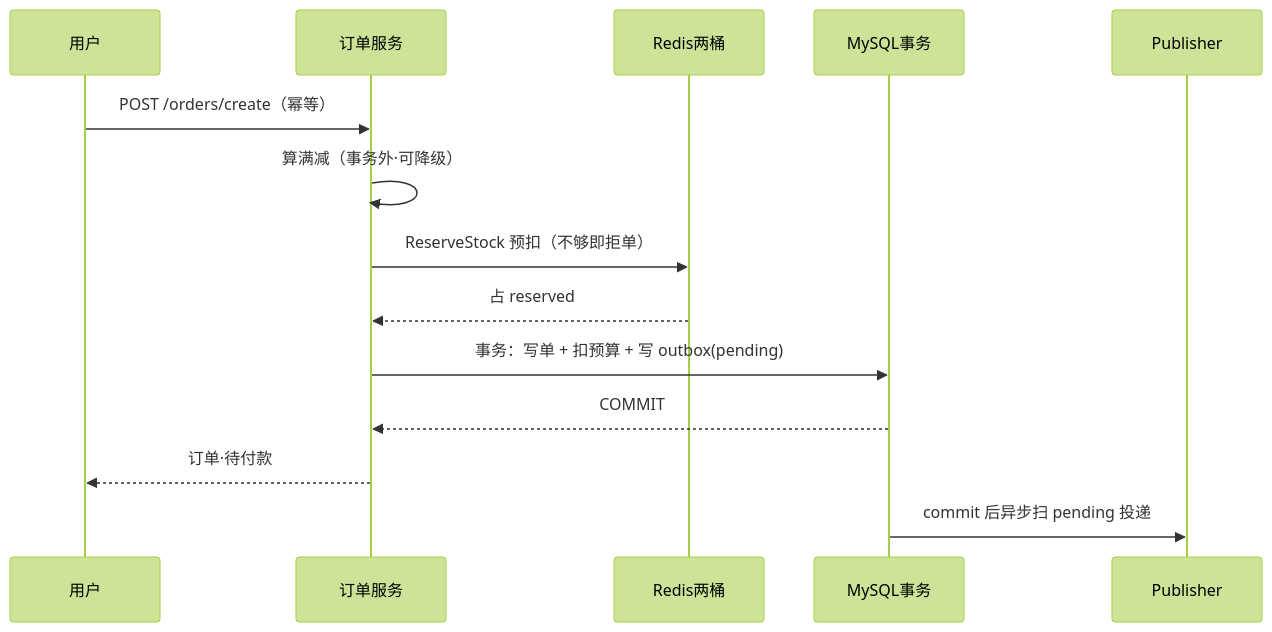
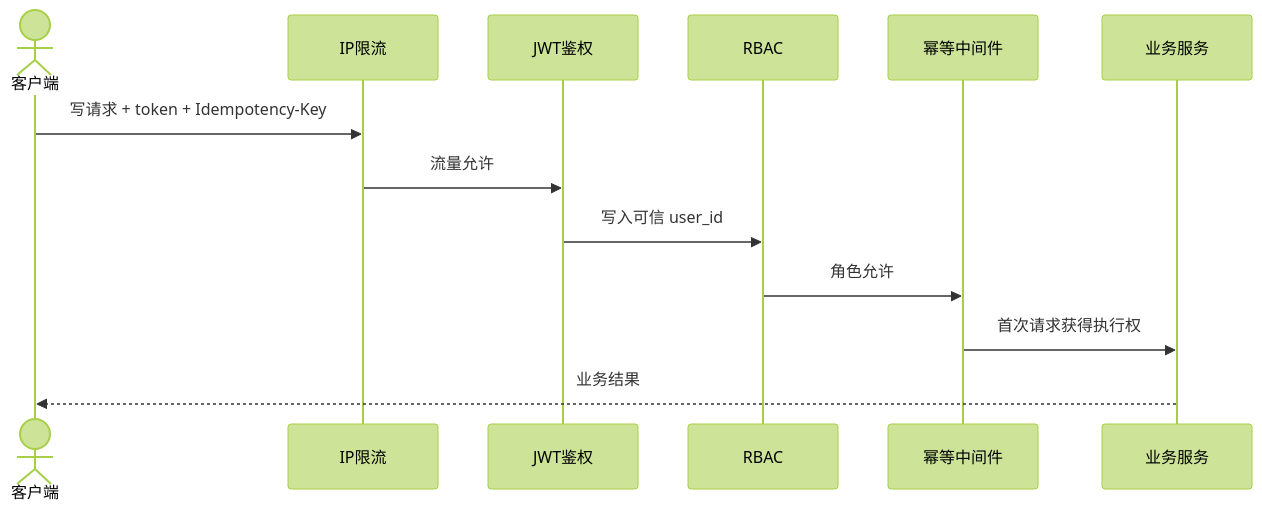
The third of 7 diagrams in docs/lecture/00-overview.md (RedInn7/gomall), drawn with Mermaid (forest theme) before and after one commit. The commit also changed other lines of this file and 2 other files, not shown here.

````diff
--- a/docs/lecture/00-overview.md
+++ b/docs/lecture/00-overview.md
@@ -223,16 +66,15 @@
 ```mermaid
 sequenceDiagram
-    participant U as 用户
-    participant API as 订单服务
-    participant R as Redis两桶
-    participant DB as MySQL事务
-    participant MQ as Publisher
-    U->>API: POST /orders/create（幂等）
-    API->>API: 算满减（事务外·可降级）
-    API->>R: ReserveStock 预扣（不够即拒单）
-    R-->>API: 占 reserved
-    API->>DB: 事务：写单 + 扣预算 + 写 outbox(pending)
-    DB-->>API: COMMIT
-    API-->>U: 订单·待付款
-    DB->>MQ: commit 后异步扫 pending 投递
+    actor U as 客户端
+    participant L as IP限流
+    participant A as JWT鉴权
+    participant R as RBAC
+    participant I as 幂等中间件
+    participant B as 业务服务
+    U->>L: 写请求 + token + Idempotency-Key
+    L->>A: 流量允许
+    A->>R: 写入可信 user_id
+    R->>I: 角色允许
+    I->>B: 首次请求获得执行权
+    B-->>U: 业务结果
 ```
````
